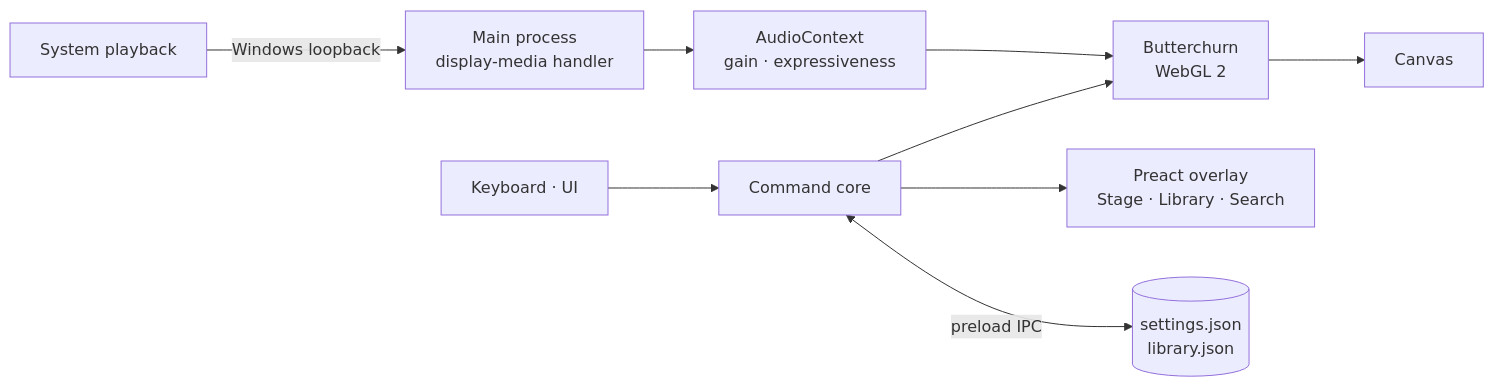
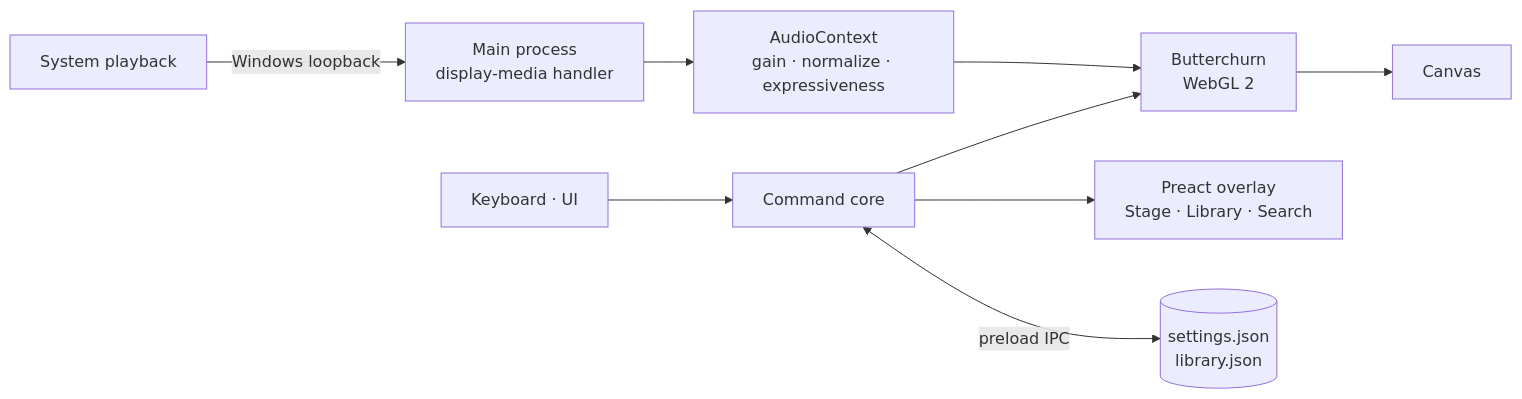
One commit to atempel/sonic-obsidian changed the diagram in README.md. Above: the diagram before and after it, drawn with Mermaid. The commit also changed other lines of this file and 8 other files, not shown here.

````diff
--- a/README.md
+++ b/README.md
@@ -157,11 +168,11 @@
 ```mermaid
 flowchart LR
   A[System playback] -->|Windows loopback| B[Main process<br/>display-media handler]
-  B --> C[AudioContext<br/>gain · expressiveness]
+  B --> C[AudioContext<br/>gain · normalize · expressiveness]
   C --> D[Butterchurn<br/>WebGL 2]
   D --> E[Canvas]
   F[Keyboard · UI] --> G[Command core]
   G --> D
   G --> H[Preact overlay<br/>Stage · Library · Search]
   G <-->|preload IPC| I[(settings.json<br/>library.json)]
 ```
````
